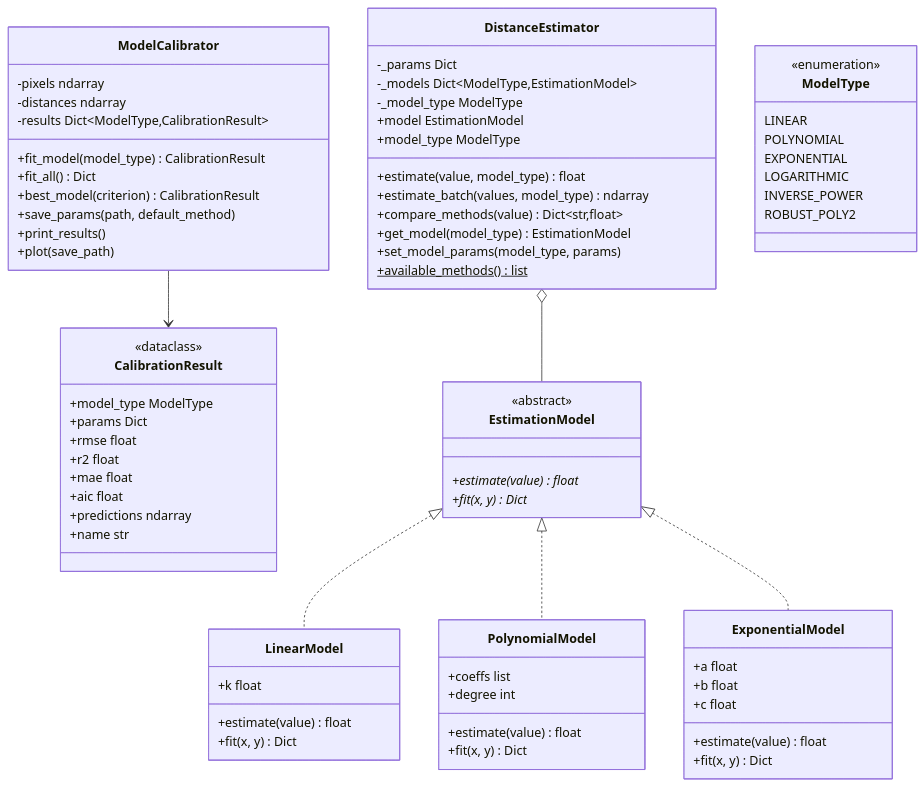
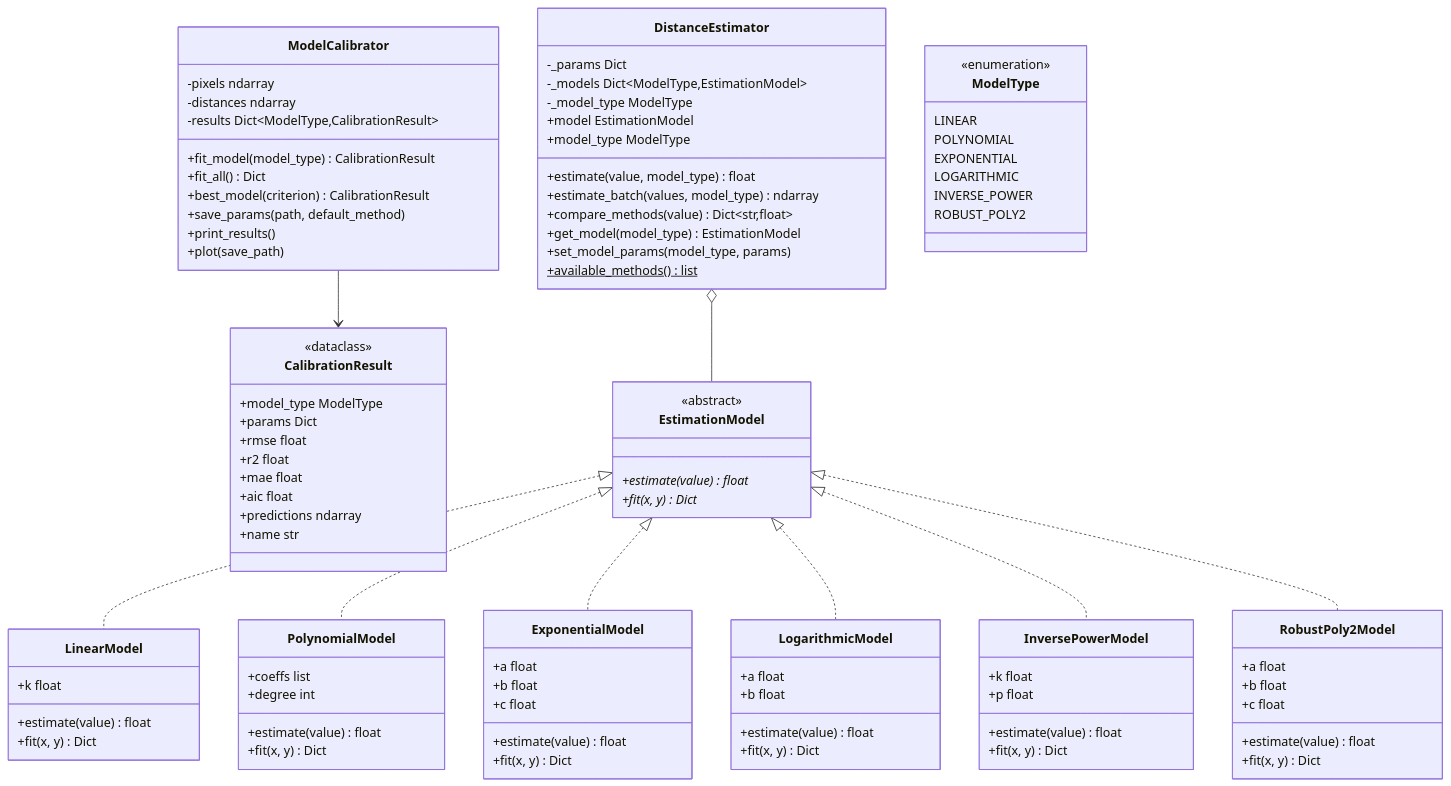
Before and after one commit to Black-Bee-Drones/nectar-sdk: the fourth of 6 diagrams in nectar/nectar/vision/README.md, drawn with Mermaid. The commit also changed other lines of this file, not shown here.

Commit message:
feat: update vision class diagrams

````diff
--- a/nectar/nectar/vision/README.md
+++ b/nectar/nectar/vision/README.md
@@ -638,9 +670,34 @@
         +fit(x, y) Dict
     }
 
+    class LogarithmicModel {
+        +a float
+        +b float
+        +estimate(value) float
+        +fit(x, y) Dict
+    }
+
+    class InversePowerModel {
+        +k float
+        +p float
+        +estimate(value) float
+        +fit(x, y) Dict
+    }
+
+    class RobustPoly2Model {
+        +a float
+        +b float
+        +c float
+        +estimate(value) float
+        +fit(x, y) Dict
+    }
+
     DistanceEstimator o-- EstimationModel
     ModelCalibrator --> CalibrationResult
     EstimationModel <|.. LinearModel
     EstimationModel <|.. PolynomialModel
     EstimationModel <|.. ExponentialModel
+    EstimationModel <|.. LogarithmicModel
+    EstimationModel <|.. InversePowerModel
+    EstimationModel <|.. RobustPoly2Model
 ```
````
